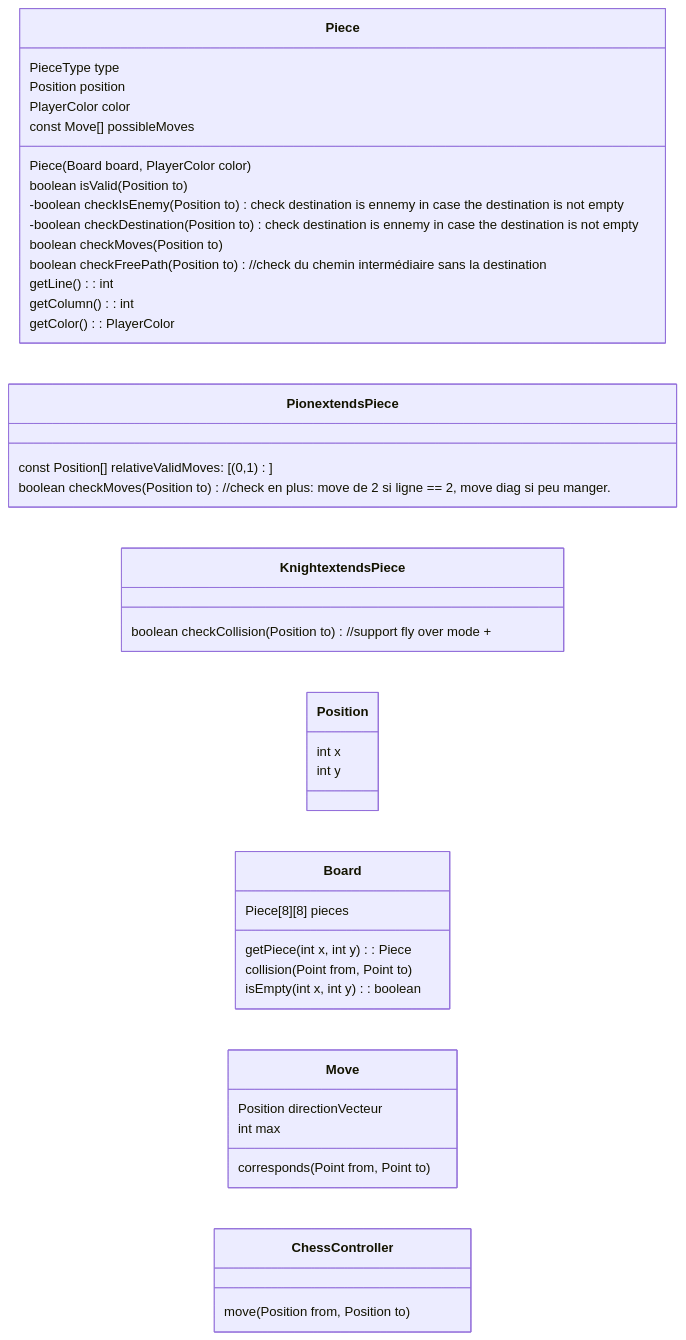
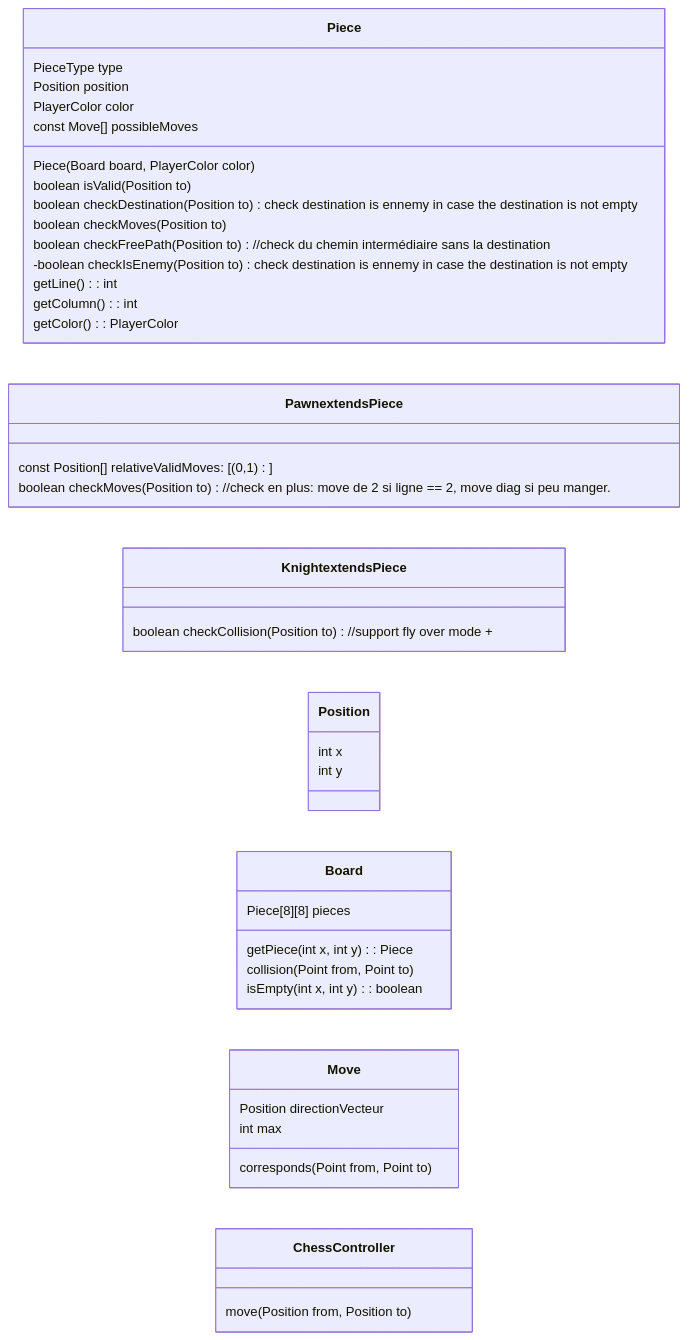
One commit to samuelroland/POO-Labo8-Echecs changed the diagram in todos.md. Above: the diagram before and after it, drawn with Mermaid. The commit also changed other lines of this file and 6 other files, not shown here.

````diff
--- a/todos.md
+++ b/todos.md
@@ -17,55 +17,56 @@
 ```mermaid
 classDiagram
 direction LR
 class Piece {
 	PieceType type
 	Position position
 	PlayerColor color
 
 	Piece(Board board, PlayerColor color)
 	boolean isValid(Position to)
-	-boolean checkIsEnemy(Position to) check destination is ennemy in case the destination is not empty
-	-boolean checkDestination(Position to) check destination is ennemy in case the destination is not empty
+	boolean checkDestination(Position to) check destination is ennemy in case the destination is not empty
 	boolean checkMoves(Position to)
 	boolean checkFreePath(Position to)	//check du chemin intermédiaire sans la destination
 	const Move[] possibleMoves
+	
+	-boolean checkIsEnemy(Position to) check destination is ennemy in case the destination is not empty
 
 	getLine(): int
 	getColumn(): int
 	getColor(): PlayerColor
 }
 
-class Pion extends Piece {
+class Pawn extends Piece {
 	const Position[] relativeValidMoves: [(0,1)]
 	boolean checkMoves(Position to)//check en plus: move de 2 si ligne == 2, move diag si peu manger.
 
 }
 
 class Knight extends Piece {
 	boolean checkCollision(Position to) //support fly over mode + 
 }
 
 class Position {
 	int x
 	int y
 }
 
 class Board {
 	Piece[8][8] pieces
 	getPiece(int x, int y): Piece
 	collision(Point from, Point to)
 	isEmpty(int x, int y): boolean
 }
 
 class Move {
 	Position directionVecteur
 	int max
 
 	corresponds(Point from, Point to)
 }
 
 class ChessController {
 	move(Position from, Position to)
 }
 
 ```
````
